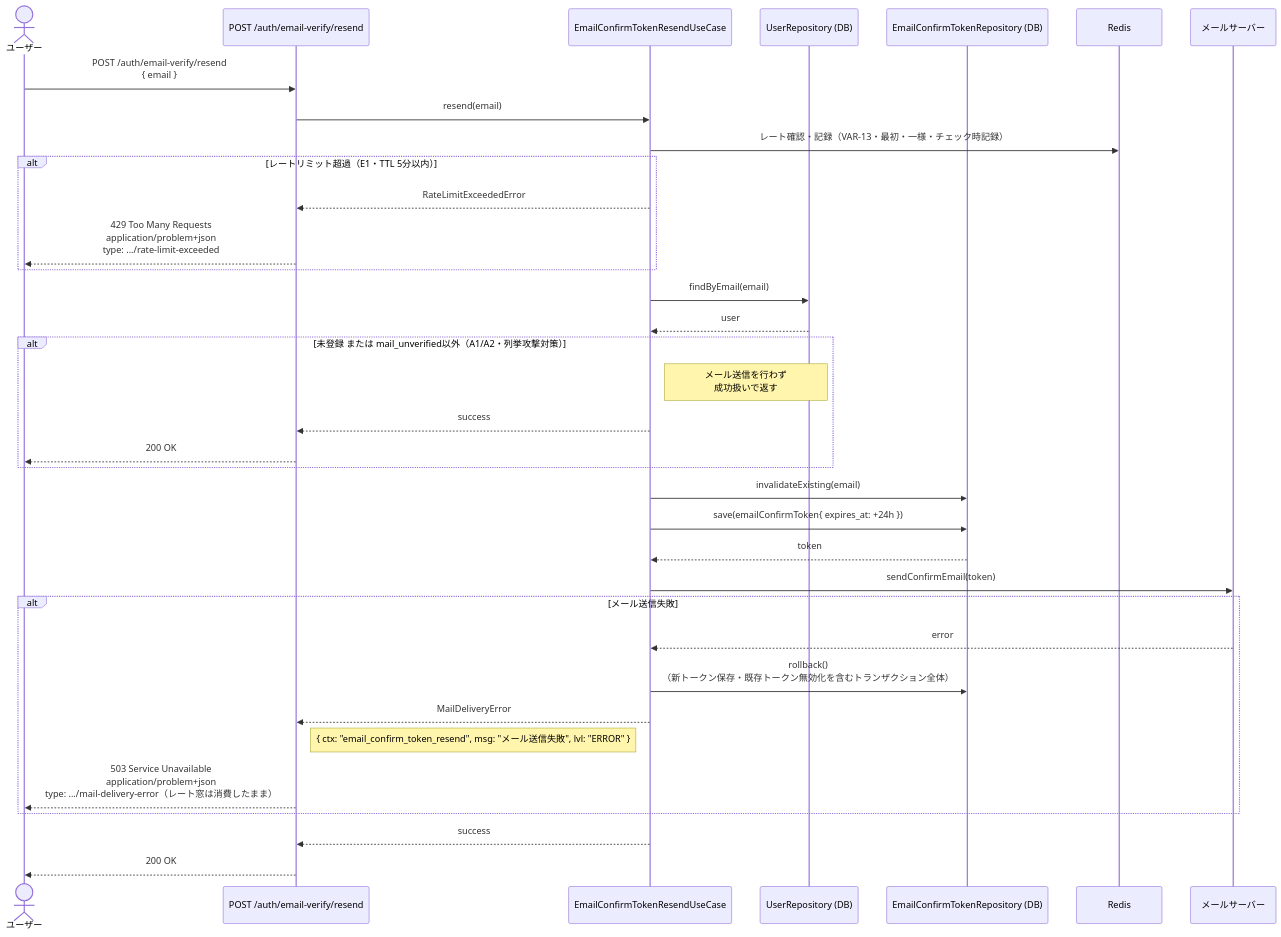
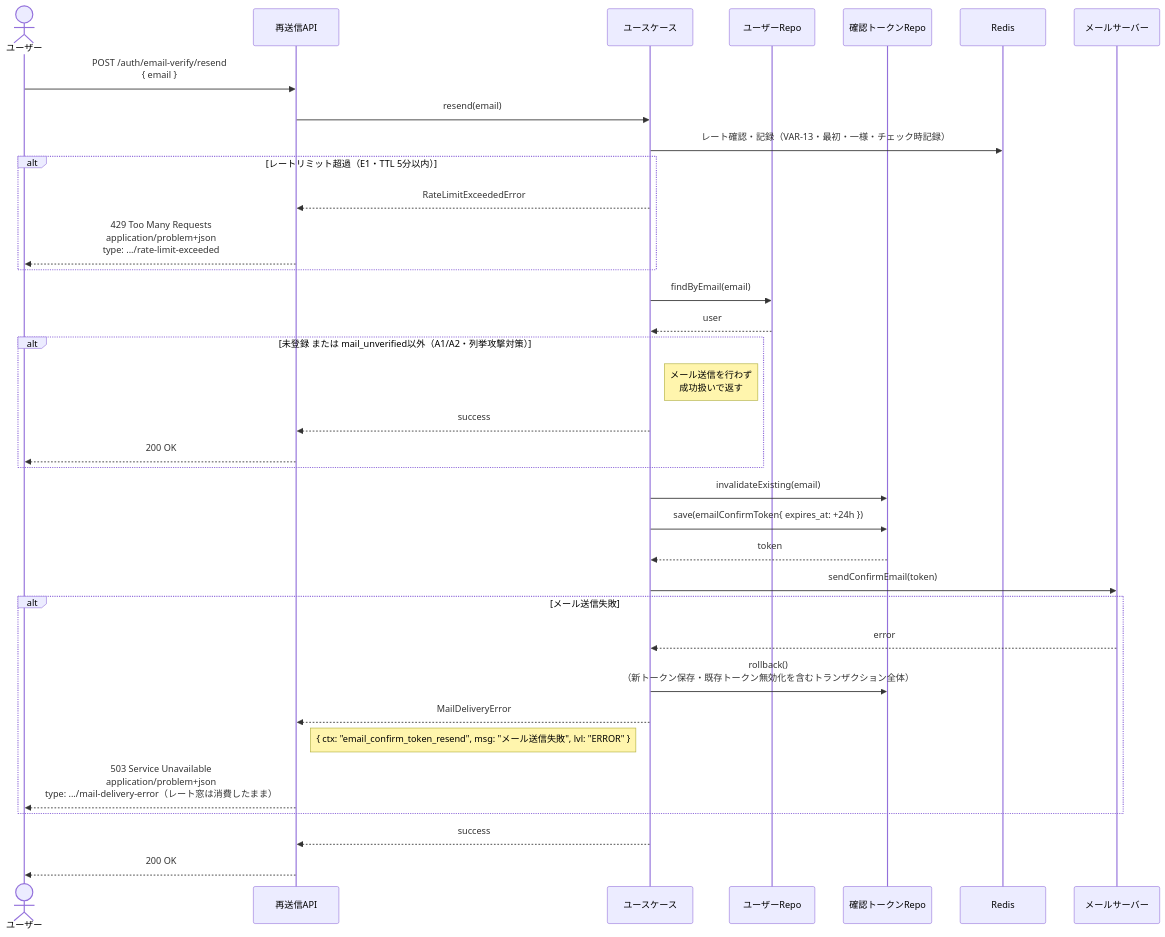
The second of 2 diagrams in .docs/design/buc/BUC-U03.md (suunet/POC_HYDRA_AUTH), drawn with Mermaid before and after one commit. The commit also changed 15 other files, not shown here.

````diff
--- a/.docs/design/buc/BUC-U03.md
+++ b/.docs/design/buc/BUC-U03.md
@@ -111,37 +111,37 @@
 ```mermaid
 sequenceDiagram
-  actor ユーザー as ユーザー
-  participant 再送信API as POST /auth/email-verify/resend
-  participant ユースケース as EmailConfirmTokenResendUseCase
-  participant ユーザーRepo as UserRepository (DB)
-  participant 確認トークンRepo as EmailConfirmTokenRepository (DB)
+  actor User as ユーザー
+  participant ResendAPI as 再送信API
+  participant UseCase as ユースケース
+  participant UserRepo as ユーザーRepo
+  participant TokenRepo as 確認トークンRepo
   participant Redis as Redis
-  participant メールサーバー as メールサーバー
-  ユーザー->>再送信API: POST /auth/email-verify/resend<br/>{ email }
-  再送信API->>ユースケース: resend(email)
-  ユースケース->>Redis: レート確認・記録（VAR-13・最初・一様・チェック時記録）
+  participant MailServer as メールサーバー
+  User->>ResendAPI: POST /auth/email-verify/resend<br/>{ email }
+  ResendAPI->>UseCase: resend(email)
+  UseCase->>Redis: レート確認・記録（VAR-13・最初・一様・チェック時記録）
   alt レートリミット超過（E1・TTL 5分以内）
-  ユースケース-->>再送信API: RateLimitExceededError
-  再送信API-->>ユーザー: 429 Too Many Requests<br/>application/problem+json<br/>type: .../rate-limit-exceeded
+  UseCase-->>ResendAPI: RateLimitExceededError
+  ResendAPI-->>User: 429 Too Many Requests<br/>application/problem+json<br/>type: .../rate-limit-exceeded
   end
-  ユースケース->>ユーザーRepo: findByEmail(email)
-  ユーザーRepo-->>ユースケース: user
+  UseCase->>UserRepo: findByEmail(email)
+  UserRepo-->>UseCase: user
   alt 未登録 または mail_unverified以外（A1/A2・列挙攻撃対策）
-  Note right of ユースケース: メール送信を行わず<br/>成功扱いで返す
-  ユースケース-->>再送信API: success
-  再送信API-->>ユーザー: 200 OK
+  Note right of UseCase: メール送信を行わず<br/>成功扱いで返す
+  UseCase-->>ResendAPI: success
+  ResendAPI-->>User: 200 OK
   end
-  ユースケース->>確認トークンRepo: invalidateExisting(email)
-  ユースケース->>確認トークンRepo: save(emailConfirmToken{ expires_at: +24h })
-  確認トークンRepo-->>ユースケース: token
-  ユースケース->>メールサーバー: sendConfirmEmail(token)
+  UseCase->>TokenRepo: invalidateExisting(email)
+  UseCase->>TokenRepo: save(emailConfirmToken{ expires_at: +24h })
+  TokenRepo-->>UseCase: token
+  UseCase->>MailServer: sendConfirmEmail(token)
   alt メール送信失敗
-  メールサーバー-->>ユースケース: error
-  ユースケース->>確認トークンRepo: rollback()<br/>（新トークン保存・既存トークン無効化を含むトランザクション全体）
-  ユースケース-->>再送信API: MailDeliveryError
-  Note right of 再送信API: { ctx: "email_confirm_token_resend", msg: "メール送信失敗", lvl: "ERROR" }
-  再送信API-->>ユーザー: 503 Service Unavailable<br/>application/problem+json<br/>type: .../mail-delivery-error（レート窓は消費したまま）
+  MailServer-->>UseCase: error
+  UseCase->>TokenRepo: rollback()<br/>（新トークン保存・既存トークン無効化を含むトランザクション全体）
+  UseCase-->>ResendAPI: MailDeliveryError
+  Note right of ResendAPI: { ctx: "email_confirm_token_resend", msg: "メール送信失敗", lvl: "ERROR" }
+  ResendAPI-->>User: 503 Service Unavailable<br/>application/problem+json<br/>type: .../mail-delivery-error（レート窓は消費したまま）
   end
-  ユースケース-->>再送信API: success
-  再送信API-->>ユーザー: 200 OK
+  UseCase-->>ResendAPI: success
+  ResendAPI-->>User: 200 OK
 ```
````
